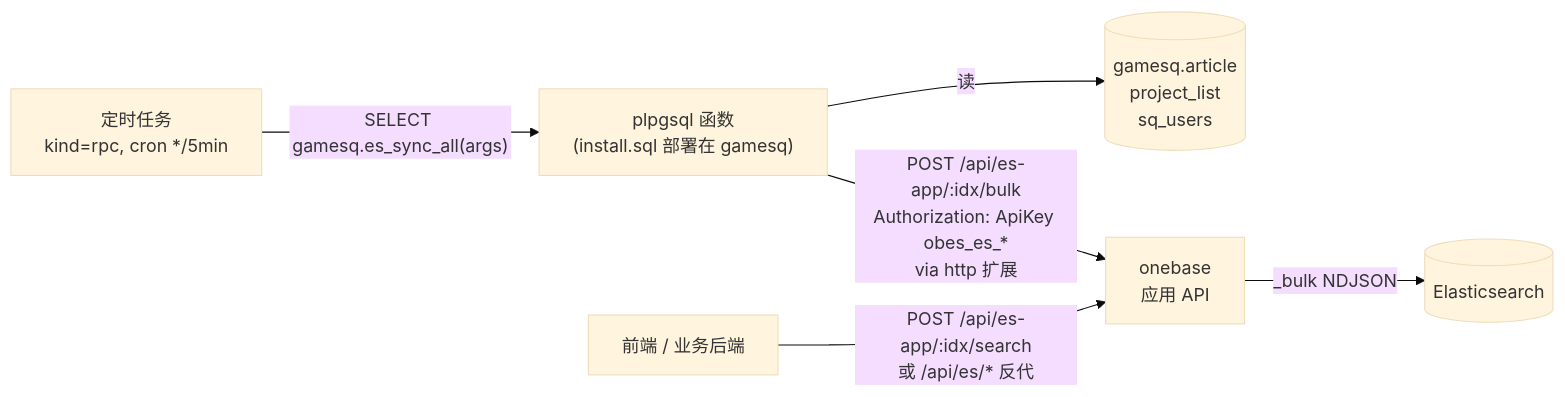
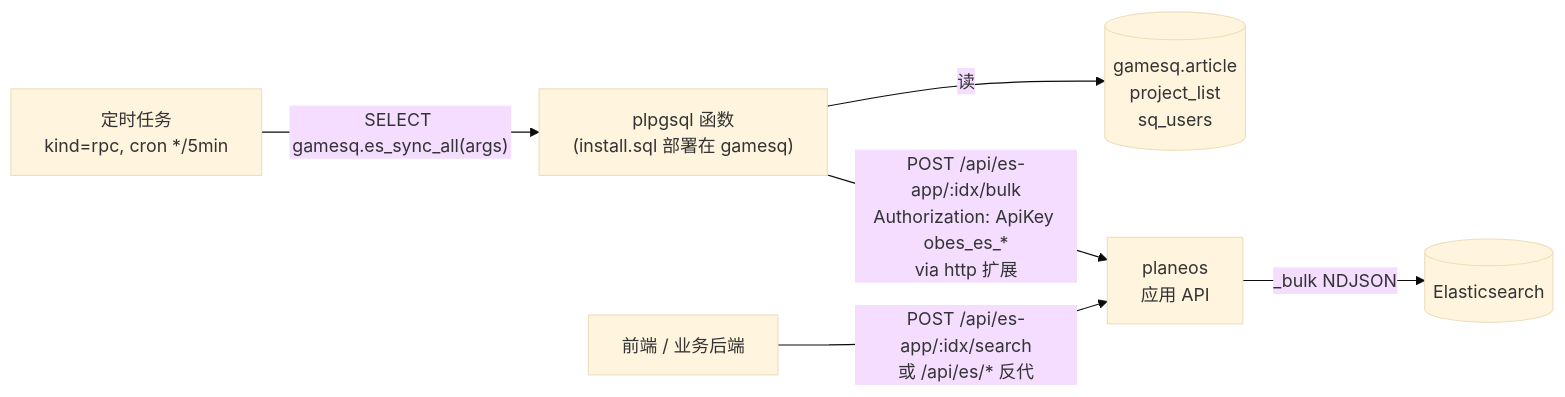
One commit to happyworl-cyber/onebase changed the diagram in docs/acme-es-sync/README.md. Above: the diagram before and after it, drawn with Mermaid (base theme). The commit also changed other lines of this file and 441 other files, not shown here.

````diff
--- a/docs/acme-es-sync/README.md
+++ b/docs/acme-es-sync/README.md
@@ -7,8 +7,8 @@
 ```mermaid
 flowchart LR
   ST["定时任务<br/>kind=rpc, cron */5min"] -->|"SELECT gamesq.es_sync_all(args)"| FN["plpgsql 函数<br/>(install.sql 部署在 gamesq)"]
   FN -->|"读"| PG[("gamesq.article<br/>project_list<br/>sq_users")]
-  FN -->|"POST /api/es-app/:idx/bulk<br/>Authorization: ApiKey obes_es_*<br/>via http 扩展"| CR["onebase<br/>应用 API"]
+  FN -->|"POST /api/es-app/:idx/bulk<br/>Authorization: ApiKey obes_es_*<br/>via http 扩展"| CR["planeos<br/>应用 API"]
   CR -->|"_bulk NDJSON"| ES[("Elasticsearch")]
   FE["前端 / 业务后端"] -->|"POST /api/es-app/:idx/search<br/>或 /api/es/* 反代"| CR
 ```
````
